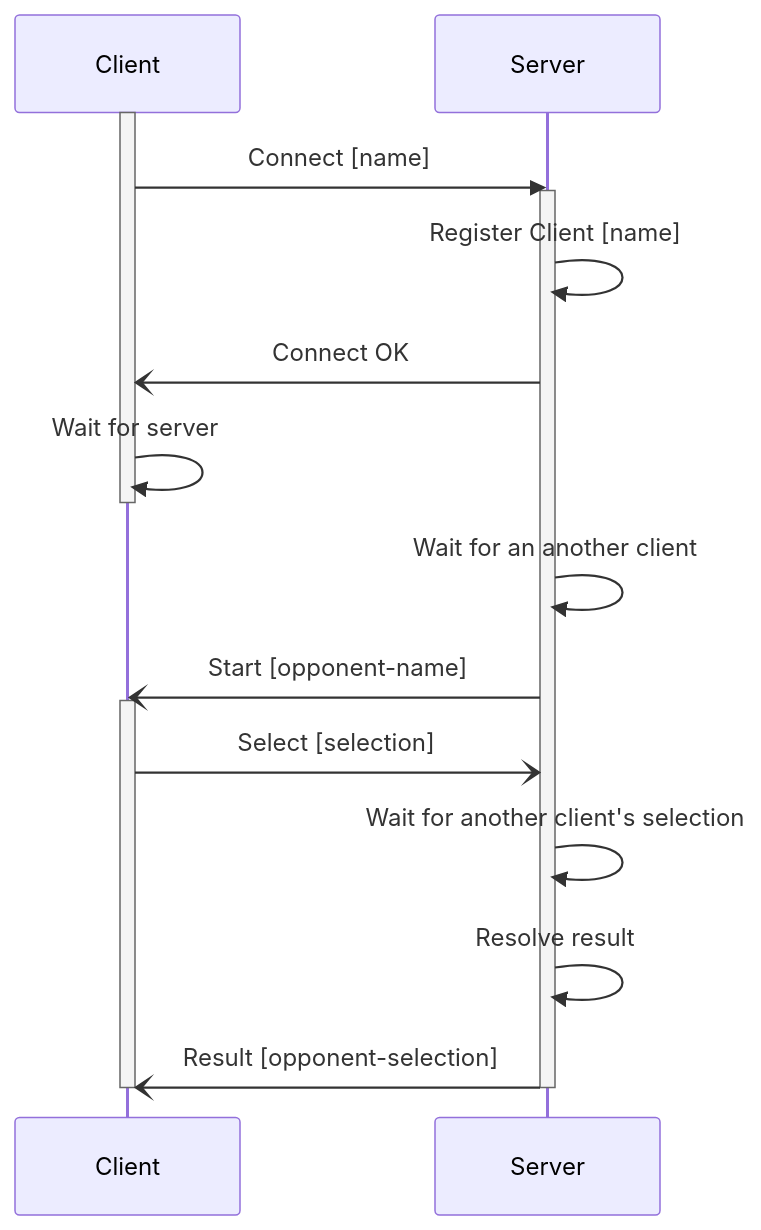
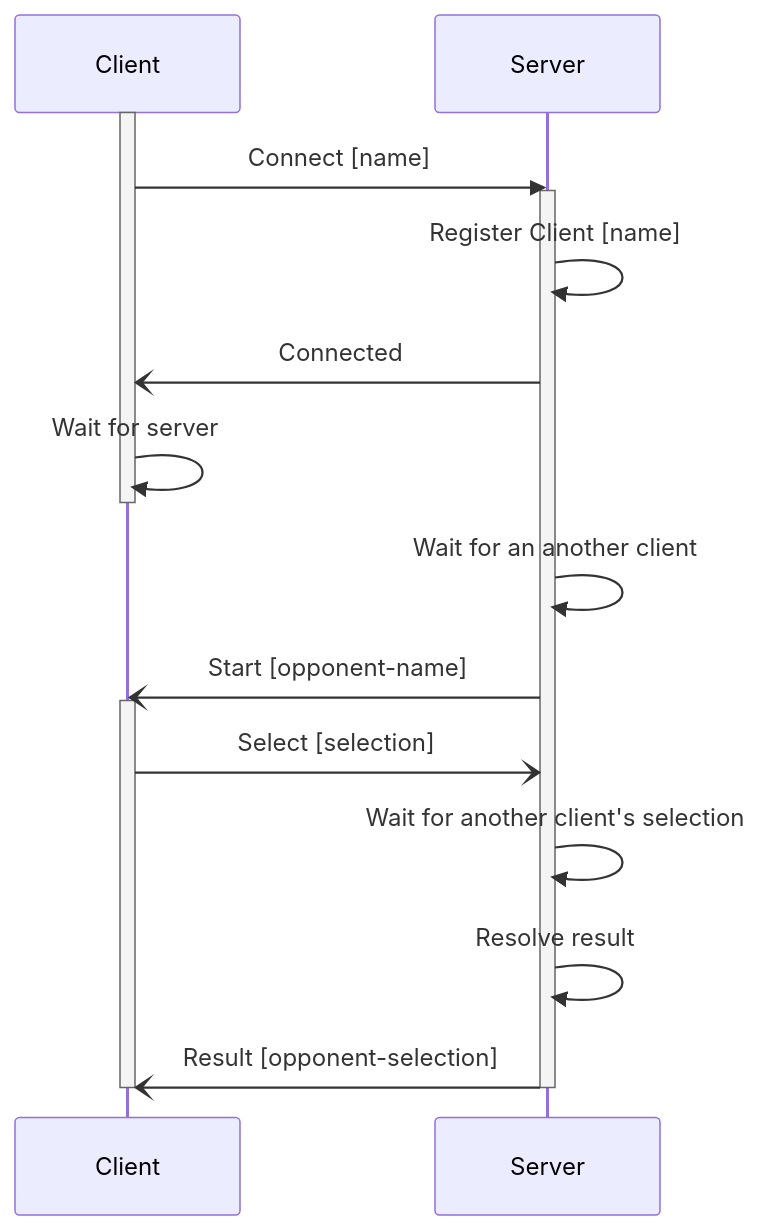
The diagram in README.md (toivjon/go-rps), drawn with Mermaid before and after one commit. The commit also changed 3 other files, not shown here.

Commit message:
Added Connect and Connected message types.

````diff
--- a/README.md
+++ b/README.md
@@ -42,22 +42,22 @@
 ```mermaid
 sequenceDiagram
   participant c as Client
   participant s as Server
 
   activate c
   c->>s: Connect [name]
   activate s
   s->>s: Register Client [name]
-  s-)c: Connect OK
+  s-)c: Connected
   c->>c: Wait for server
   deactivate c
   s->>s: Wait for an another client
   s-)c: Start [opponent-name]
   activate c
   c-)s: Select [selection]
   s->>s: Wait for another client's selection
   s->>s: Resolve result
   s-)c: Result [opponent-selection]
   deactivate c
   deactivate s
 ```
````
